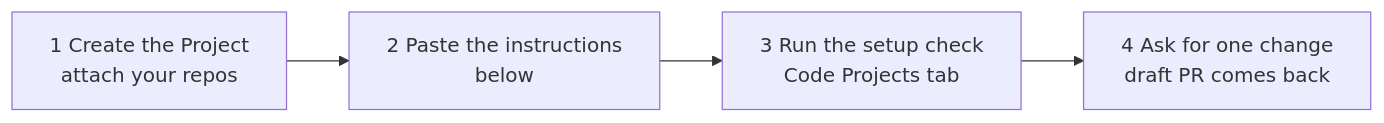
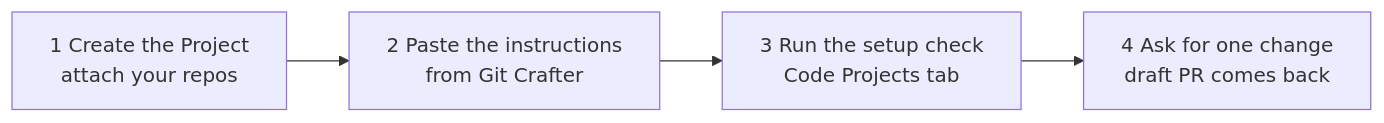
Before and after one commit to Colorado-Startups/claudius: the diagram in docs/projects-quickstart.md, drawn with Mermaid. The commit also changed other lines of this file, not shown here.

First line of the commit message:
Link Git Crafter's Projects template instead of copying its instructions

````diff
--- a/docs/projects-quickstart.md
+++ b/docs/projects-quickstart.md
@@ -5,4 +5,4 @@
 ```mermaid
 flowchart LR
-  A[1 Create the Project<br/>attach your repos] --> B[2 Paste the instructions<br/>below] --> C[3 Run the setup check<br/>Code Projects tab] --> D[4 Ask for one change<br/>draft PR comes back]
+  A[1 Create the Project<br/>attach your repos] --> B[2 Paste the instructions<br/>from Git Crafter] --> C[3 Run the setup check<br/>Code Projects tab] --> D[4 Ask for one change<br/>draft PR comes back]
 ```
````
